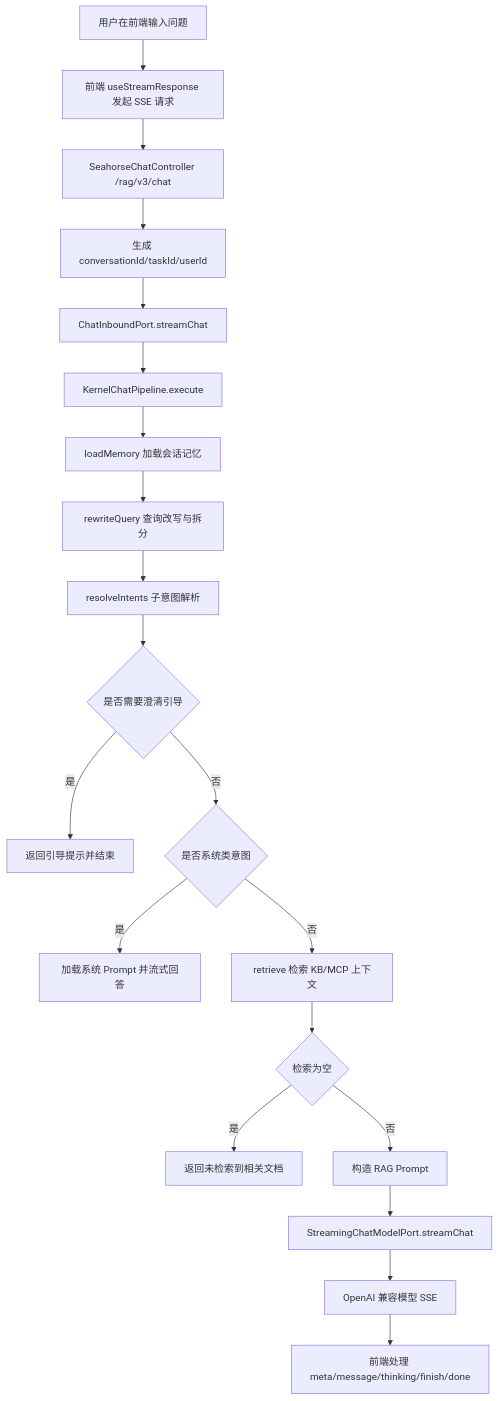
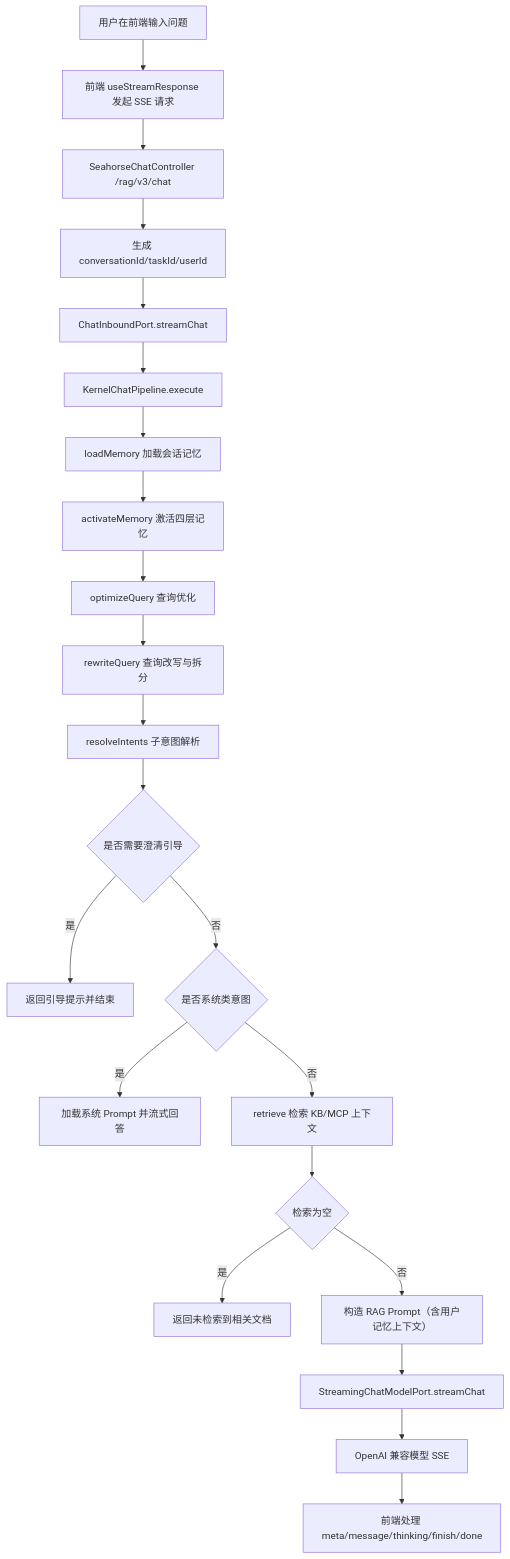
One commit to onceMisery/seahorse-agent changed the fourth of 8 diagrams in README.md. Above: the diagram before and after it, drawn with Mermaid. The commit also changed other lines of this file and 5 other files, not shown here.

First line of the commit message:
docs: sync Chinese docs with memory engine and query optimizer changes

````diff
--- a/README.md
+++ b/README.md
@@ -190,22 +191,24 @@
 ```mermaid
 flowchart TD
     A["用户在前端输入问题"] --> B["前端 useStreamResponse 发起 SSE 请求"]
     B --> C["SeahorseChatController /rag/v3/chat"]
     C --> D["生成 conversationId/taskId/userId"]
     D --> E["ChatInboundPort.streamChat"]
     E --> F["KernelChatPipeline.execute"]
     F --> G["loadMemory 加载会话记忆"]
-    G --> H["rewriteQuery 查询改写与拆分"]
+    G --> G2["activateMemory 激活四层记忆"]
+    G2 --> G3["optimizeQuery 查询优化"]
+    G3 --> H["rewriteQuery 查询改写与拆分"]
     H --> I["resolveIntents 子意图解析"]
     I --> J{"是否需要澄清引导"}
     J -- 是 --> K["返回引导提示并结束"]
     J -- 否 --> L{"是否系统类意图"}
     L -- 是 --> M["加载系统 Prompt 并流式回答"]
     L -- 否 --> N["retrieve 检索 KB/MCP 上下文"]
     N --> O{"检索为空"}
     O -- 是 --> P["返回未检索到相关文档"]
-    O -- 否 --> Q["构造 RAG Prompt"]
+    O -- 否 --> Q["构造 RAG Prompt（含用户记忆上下文）"]
     Q --> R["StreamingChatModelPort.streamChat"]
     R --> S["OpenAI 兼容模型 SSE"]
     S --> T["前端处理 meta/message/thinking/finish/done"]
 ```
````
